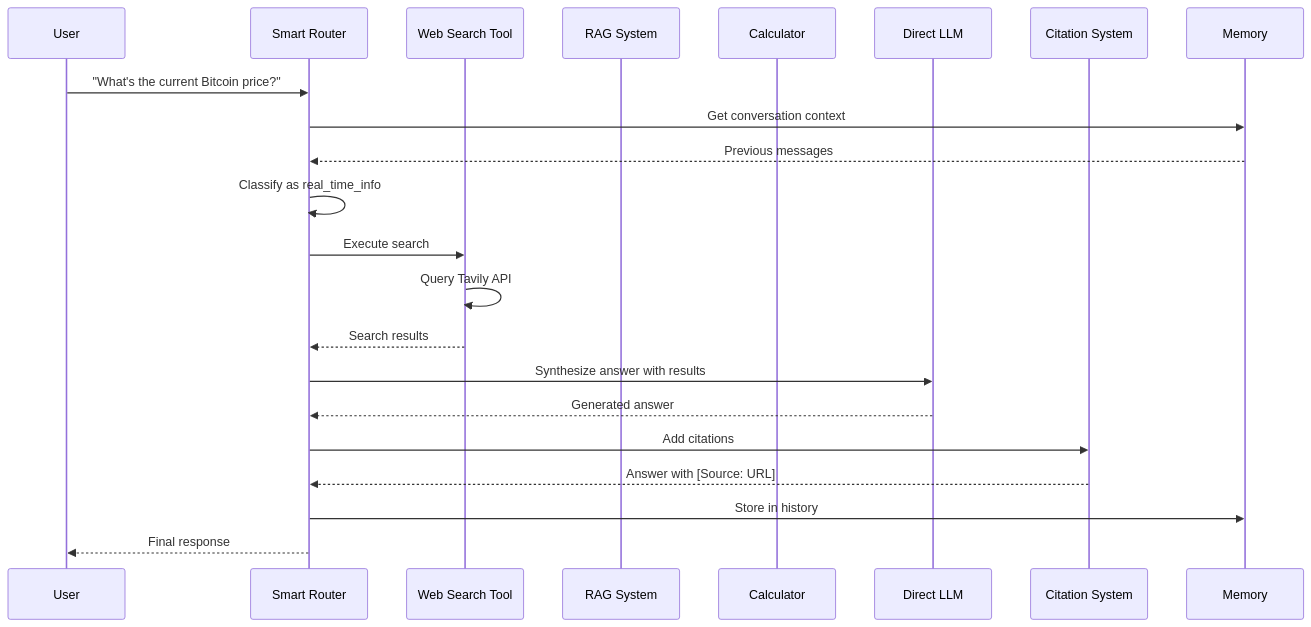
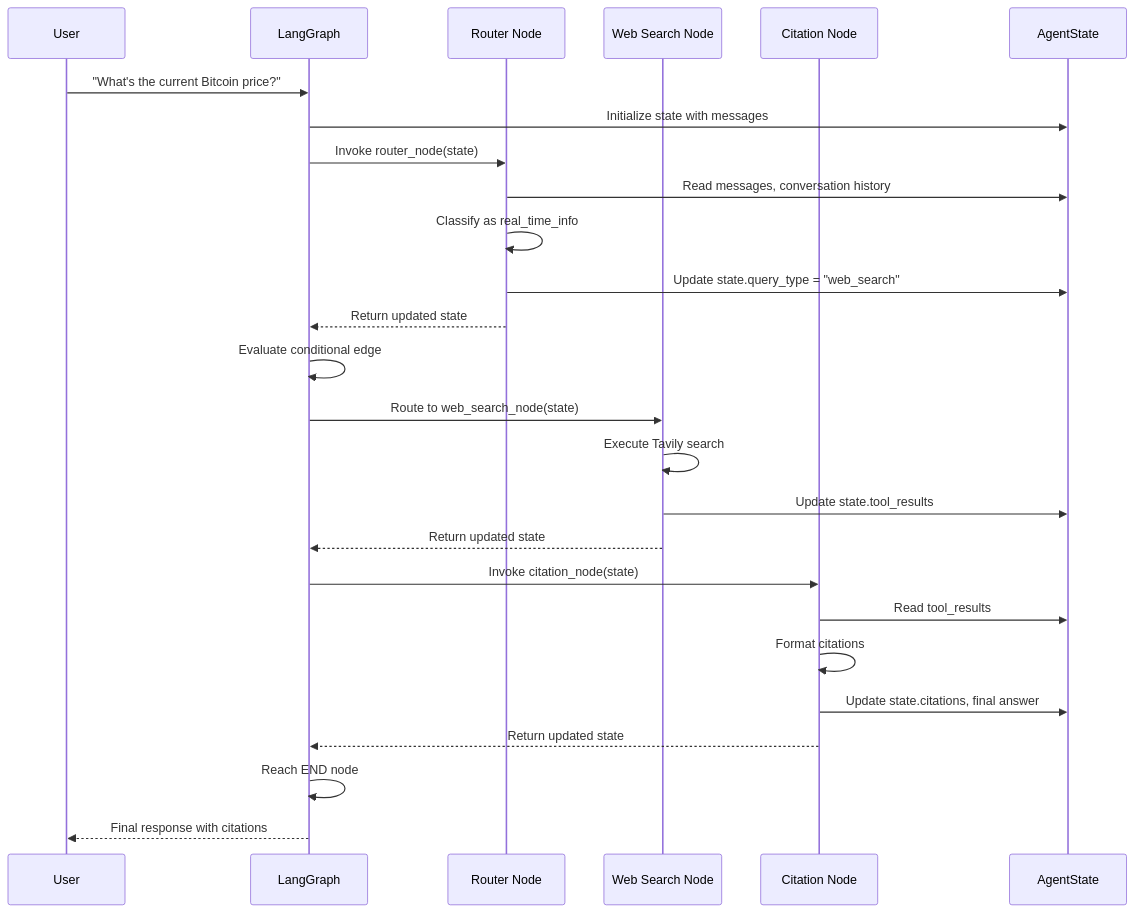
The second of 3 diagrams in Architecture/plans/research-agent/design.md (DTin01603/AI_project), drawn with Mermaid before and after one commit. The commit also changed other lines of this file and 3 other files, not shown here.

````diff
--- a/Architecture/plans/research-agent/design.md
+++ b/Architecture/plans/research-agent/design.md
@@ -81,25 +122,32 @@
 ```mermaid
 sequenceDiagram
     participant U as User
-    participant R as Smart Router
-    participant WS as Web Search Tool
-    participant RAG as RAG System
-    participant C as Calculator
-    participant LLM as Direct LLM
-    participant CS as Citation System
-    participant M as Memory
+    participant G as LangGraph
+    participant RN as Router Node
+    participant WS as Web Search Node
+    participant CN as Citation Node
+    participant S as AgentState
     
-    U->>R: "What's the current Bitcoin price?"
-    R->>M: Get conversation context
-    M-->>R: Previous messages
-    R->>R: Classify as real_time_info
-    R->>WS: Execute search
-    WS->>WS: Query Tavily API
-    WS-->>R: Search results
-    R->>LLM: Synthesize answer with results
-    LLM-->>R: Generated answer
-    R->>CS: Add citations
-    CS-->>R: Answer with [Source: URL]
-    R->>M: Store in history
-    R-->>U: Final response
+    U->>G: "What's the current Bitcoin price?"
+    G->>S: Initialize state with messages
+    G->>RN: Invoke router_node(state)
+    RN->>S: Read messages, conversation history
+    RN->>RN: Classify as real_time_info
+    RN->>S: Update state.query_type = "web_search"
+    RN-->>G: Return updated state
+    
+    G->>G: Evaluate conditional edge
+    G->>WS: Route to web_search_node(state)
+    WS->>WS: Execute Tavily search
+    WS->>S: Update state.tool_results
+    WS-->>G: Return updated state
+    
+    G->>CN: Invoke citation_node(state)
+    CN->>S: Read tool_results
+    CN->>CN: Format citations
+    CN->>S: Update state.citations, final answer
+    CN-->>G: Return updated state
+    
+    G->>G: Reach END node
+    G-->>U: Final response with citations
 ```
````
